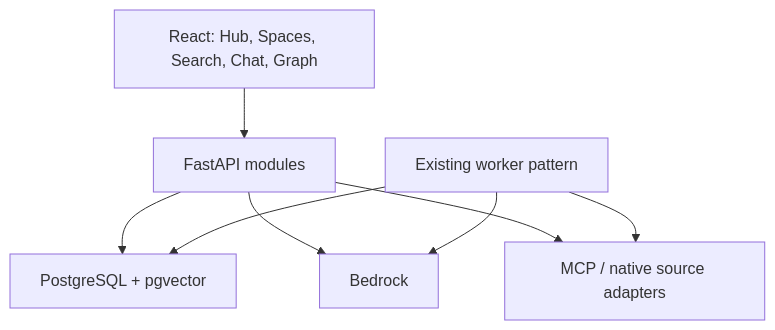
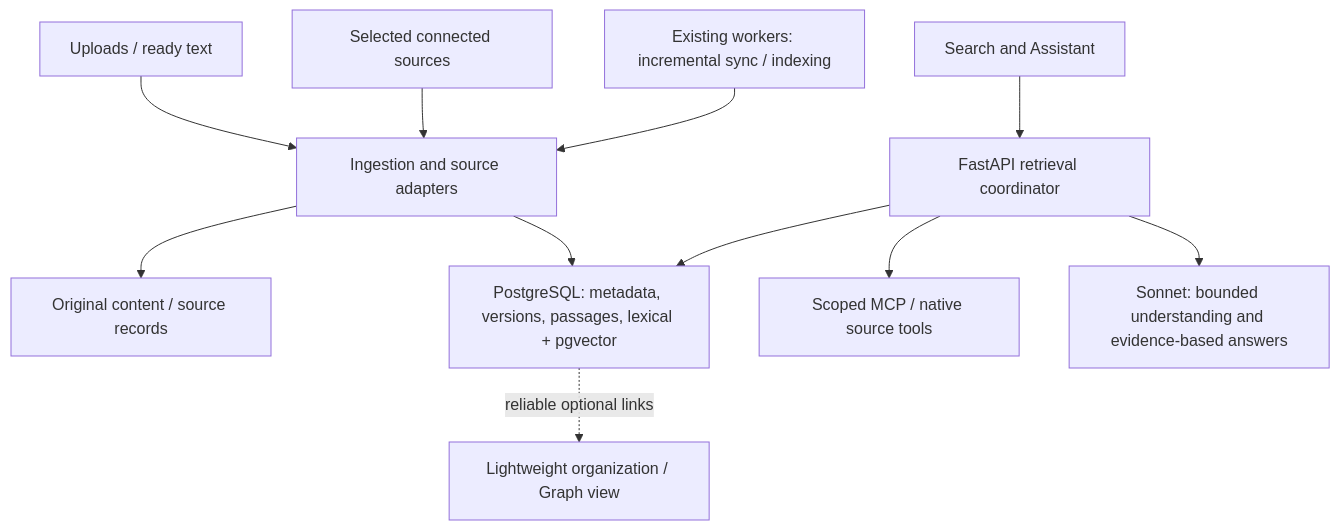
One commit to mansour-9/Linkmind changed the diagram in docs/ARCHITECTURE_M2_M3.md. Above: the diagram before and after it, drawn with Mermaid. The commit also changed other lines of this file and 144 other files, not shown here.

````diff
--- a/docs/ARCHITECTURE_M2_M3.md
+++ b/docs/ARCHITECTURE_M2_M3.md
@@ -162,10 +147,13 @@
 ```mermaid
 flowchart TB
-  UI["React: Hub, Spaces, Search, Chat, Graph"] --> API["FastAPI modules"]
-  API --> DB["PostgreSQL + pgvector"]
-  API --> AI["Bedrock"]
-  API --> LIVE["MCP / native source adapters"]
-  JOB["Existing worker pattern"] --> DB
-  JOB --> AI
-  JOB --> LIVE
+  UP["Uploads / ready text"] --> IN["Ingestion and source adapters"]
+  SRC["Selected connected sources"] --> IN
+  IN --> RAW["Original content / source records"]
+  IN --> IDX["PostgreSQL: metadata, versions, passages, lexical + pgvector"]
+  UI["Search and Assistant"] --> API["FastAPI retrieval coordinator"]
+  API --> IDX
+  API --> LIVE["Scoped MCP / native source tools"]
+  API --> AI["Sonnet: bounded understanding and evidence-based answers"]
+  WORK["Existing workers: incremental sync / indexing"] --> IN
+  IDX -. "reliable optional links" .-> GRAPH["Lightweight organization / Graph view"]
 ```
````
